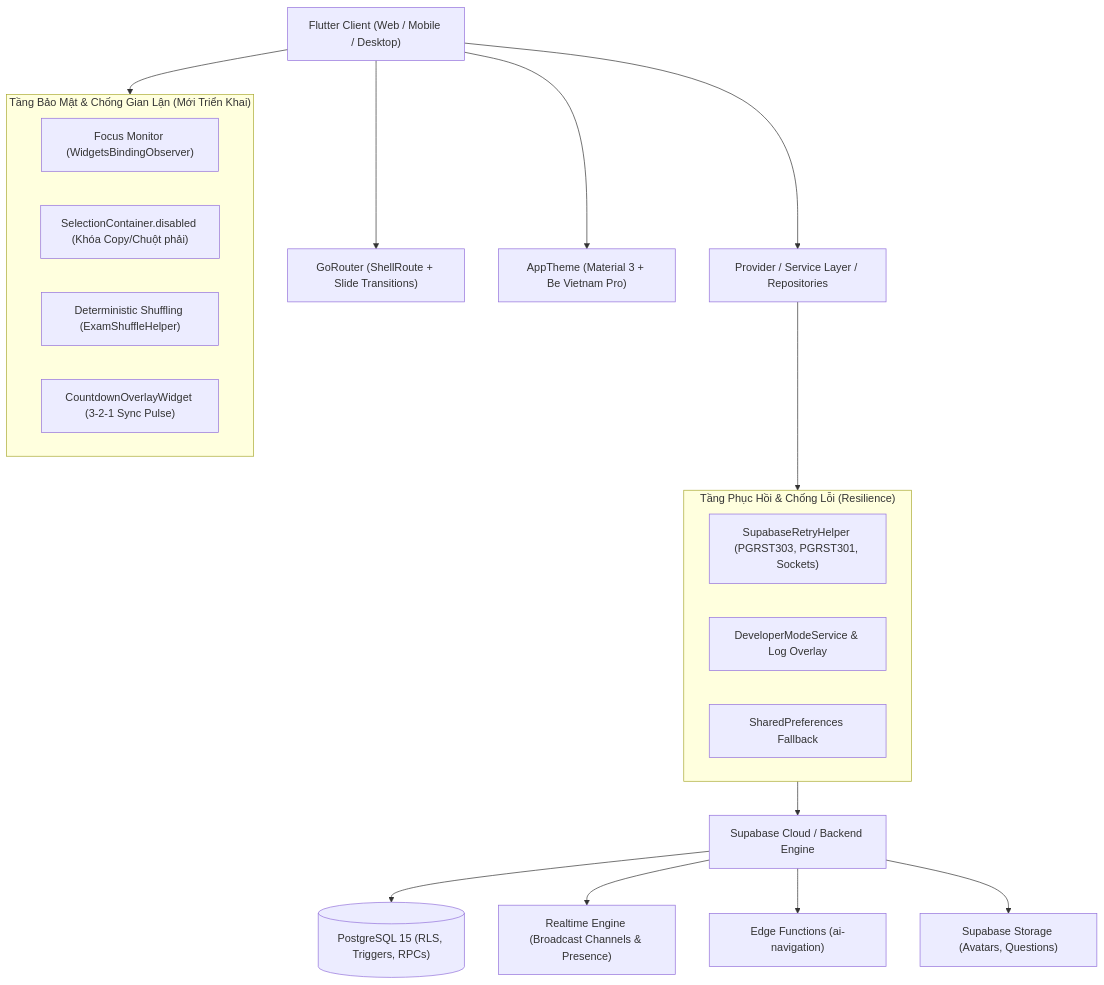
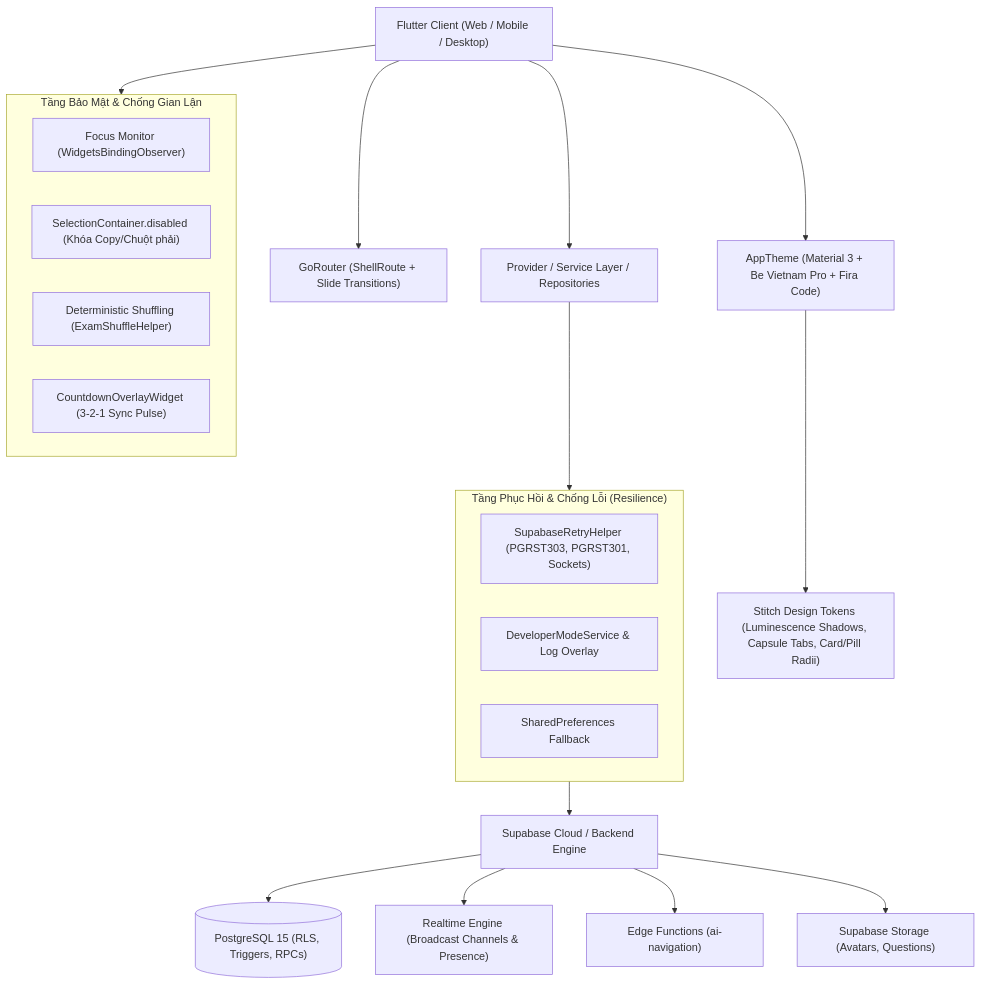
The diagram in docs/system_architecture_and_deep_evaluation.md (ptcutis1tg/thi_nhanh), drawn with Mermaid before and after one commit. The commit also changed other lines of this file, not shown here.

Commit message:
docs: update system architecture and deep evaluation with Stitch EdTech redesign

````diff
--- a/docs/system_architecture_and_deep_evaluation.md
+++ b/docs/system_architecture_and_deep_evaluation.md
@@ -12,37 +12,39 @@
 ```mermaid
 graph TD
     Client["Flutter Client (Web / Mobile / Desktop)"]
     Router["GoRouter (ShellRoute + Slide Transitions)"]
-    Theme["AppTheme (Material 3 + Be Vietnam Pro)"]
+    Theme["AppTheme (Material 3 + Be Vietnam Pro + Fira Code)"]
+    Tokens["Stitch Design Tokens (Luminescence Shadows, Capsule Tabs, Card/Pill Radii)"]
     State["Provider / Service Layer / Repositories"]
     
-    subgraph SecurityAndAntiCheat ["Tầng Bảo Mật & Chống Gian Lận (Mới Triển Khai)"]
+    subgraph SecurityAndAntiCheat ["Tầng Bảo Mật & Chống Gian Lận"]
         AntiCheat["Focus Monitor (WidgetsBindingObserver)"]
         CopyLock["SelectionContainer.disabled (Khóa Copy/Chuột phải)"]
         ShuffleEngine["Deterministic Shuffling (ExamShuffleHelper)"]
         SyncCountdown["CountdownOverlayWidget (3-2-1 Sync Pulse)"]
     end
 
     subgraph ResilienceLayer ["Tầng Phục Hồi & Chống Lỗi (Resilience)"]
         Resilience["SupabaseRetryHelper (PGRST303, PGRST301, Sockets)"]
         DevMode["DeveloperModeService & Log Overlay"]
         LocalCache["SharedPreferences Fallback"]
     end
 
     Supabase["Supabase Cloud / Backend Engine"]
     DB[("PostgreSQL 15 (RLS, Triggers, RPCs)")]
     Edge["Edge Functions (ai-navigation)"]
     Realtime["Realtime Engine (Broadcast Channels & Presence)"]
     Storage["Supabase Storage (Avatars, Questions)"]
 
     Client --> Router
     Client --> Theme
+    Theme --> Tokens
     Client --> State
     Client --> SecurityAndAntiCheat
     State --> ResilienceLayer
     ResilienceLayer --> Supabase
     Supabase --> DB
     Supabase --> Realtime
     Supabase --> Edge
     Supabase --> Storage
 ```
````
